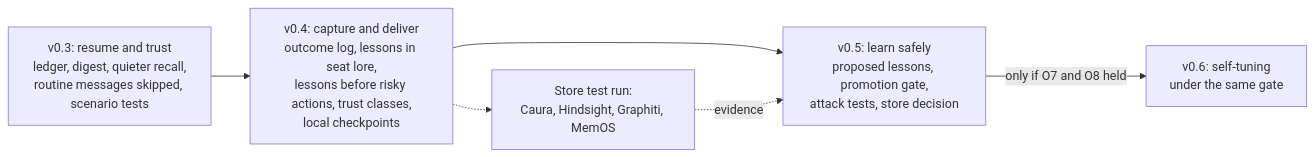
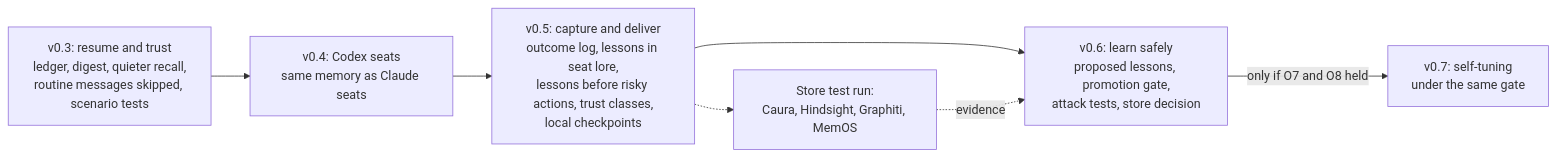
The fifth of 5 diagrams in docs/ARCHITECTURE.md (GravLabs/openrig-honcho), drawn with Mermaid before and after one commit. The commit also changed other lines of this file and 39 other files, not shown here.

First line of the commit message:
v0.4.1: Codex seats get the same memory, with a security pass on the Codex install

````diff
--- a/docs/ARCHITECTURE.md
+++ b/docs/ARCHITECTURE.md
@@ -142,12 +142,13 @@
 ```mermaid
 flowchart LR
   V3["v0.3: resume and trust<br/>ledger, digest, quieter recall,<br/>routine messages skipped, scenario tests"]
-  V4["v0.4: capture and deliver<br/>outcome log, lessons in seat lore,<br/>lessons before risky actions, trust classes,<br/>local checkpoints"]
-  V5["v0.5: learn safely<br/>proposed lessons, promotion gate,<br/>attack tests, store decision"]
-  V6["v0.6: self-tuning<br/>under the same gate"]
+  V4["v0.4: Codex seats<br/>same memory as Claude seats"]
+  V5["v0.5: capture and deliver<br/>outcome log, lessons in seat lore,<br/>lessons before risky actions, trust classes,<br/>local checkpoints"]
+  V6["v0.6: learn safely<br/>proposed lessons, promotion gate,<br/>attack tests, store decision"]
+  V7["v0.7: self-tuning<br/>under the same gate"]
   ST["Store test run:<br/>Caura, Hindsight, Graphiti, MemOS"]
-  V3 --> V4 --> V5
-  V5 -- "only if O7 and O8 held" --> V6
-  V4 -.-> ST
-  ST -. "evidence" .-> V5
+  V3 --> V4 --> V5 --> V6
+  V6 -- "only if O7 and O8 held" --> V7
+  V5 -.-> ST
+  ST -. "evidence" .-> V6
 ```
````
